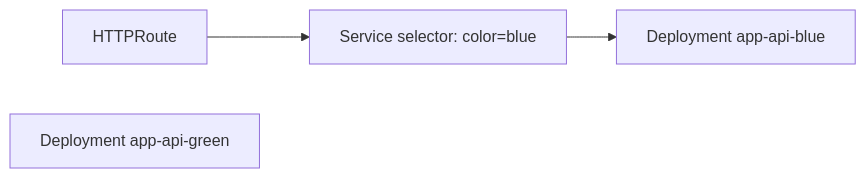
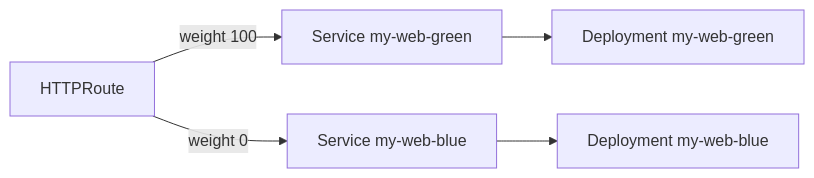
Before and after one commit to devy1540/devy1540.github.io: the second of 2 diagrams in content/posts/en/ecs-to-eks-migration.md, drawn with Mermaid. The commit also changed other lines of this file and 40 other files, not shown here.

````diff
--- a/content/posts/en/ecs-to-eks-migration.md
+++ b/content/posts/en/ecs-to-eks-migration.md
@@ -357,6 +369,7 @@
 ```mermaid
 flowchart LR
-    R["HTTPRoute"] --> S["Service selector: color=blue"]
-    S --> B["Deployment app-api-blue"]
-    G["Deployment app-api-green"]
+    R["HTTPRoute"] -->|"weight 100"| GS["Service my-web-green"]
+    GS --> G["Deployment my-web-green"]
+    R -->|"weight 0"| BS["Service my-web-blue"]
+    BS --> B["Deployment my-web-blue"]
 ```
````
